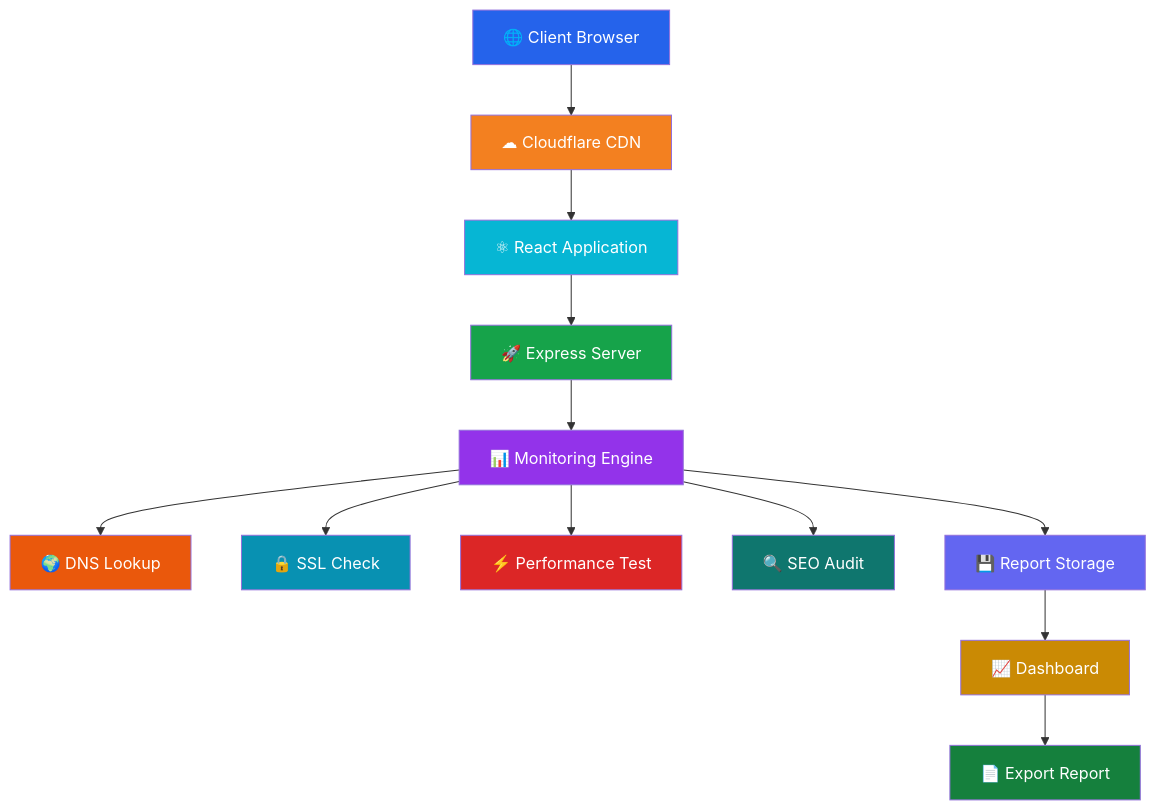
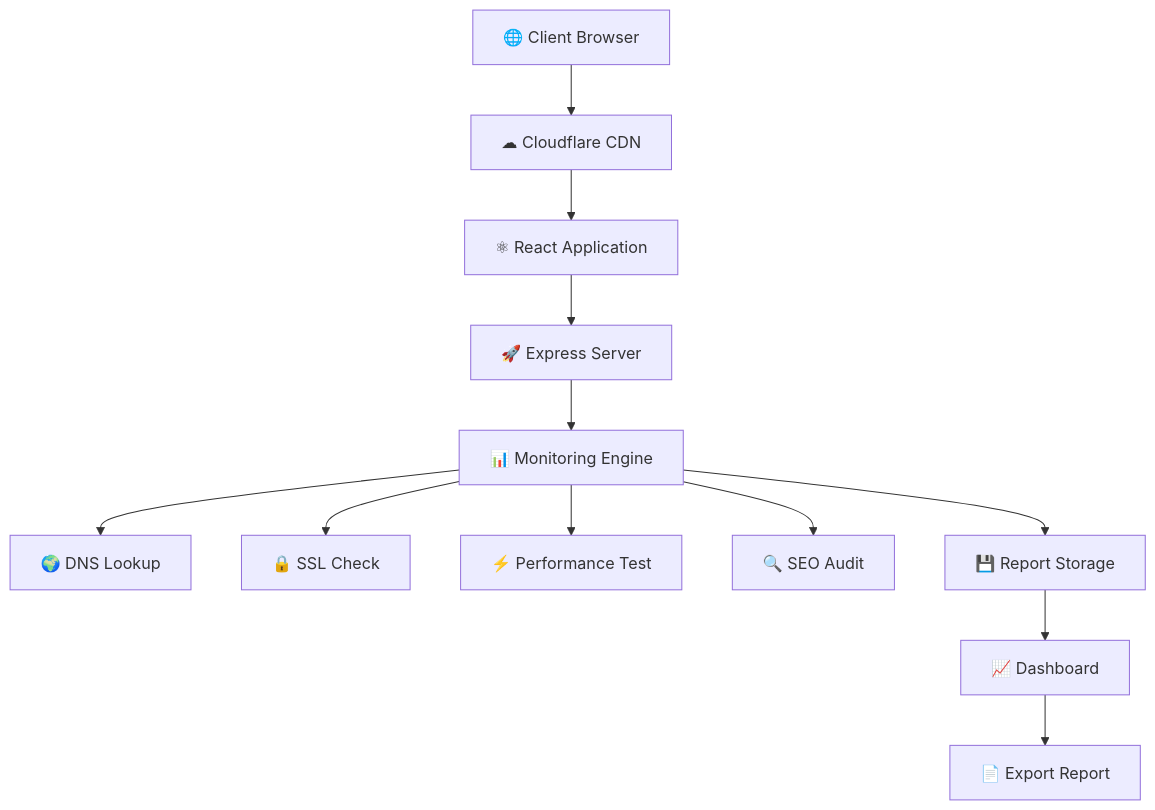
Before and after one commit to Saurav6200907210/WebMetricsX: the second of 12 diagrams in README.md, drawn with Mermaid. The commit also changed other lines of this file, not shown here.

````diff
--- a/README.md
+++ b/README.md
@@ -167,62 +113,14 @@
 ```mermaid
 flowchart TD
-
-Client["🌐 Client Browser"]
-
-Cloudflare["☁ Cloudflare CDN"]
-
-Frontend["⚛ React Application"]
-
-Backend["🚀 Express Server"]
-
-Engine["📊 Monitoring Engine"]
-
-DNS["🌍 DNS Lookup"]
-
-SSL["🔒 SSL Check"]
-
-Performance["⚡ Performance Test"]
-
-SEO["🔍 SEO Audit"]
-
-Database["💾 Report Storage"]
-
-Charts["📈 Dashboard"]
-
-PDF["📄 Export Report"]
-
-Client --> Cloudflare
-
-Cloudflare --> Frontend
-
-Frontend --> Backend
-
-Backend --> Engine
-
-Engine --> DNS
-
-Engine --> SSL
-
-Engine --> Performance
-
-Engine --> SEO
-
-Engine --> Database
-
-Database --> Charts
-
-Charts --> PDF
-
-style Client fill:#2563eb,color:#fff
-style Cloudflare fill:#F38020,color:#fff
-style Frontend fill:#06b6d4,color:#fff
-style Backend fill:#16a34a,color:#fff
-style Engine fill:#9333ea,color:#fff
-style DNS fill:#ea580c,color:#fff
-style SSL fill:#0891b2,color:#fff
-style Performance fill:#dc2626,color:#fff
-style SEO fill:#0f766e,color:#fff
-style Database fill:#6366f1,color:#fff
-style Charts fill:#ca8a04,color:#fff
-style PDF fill:#15803d,color:#fff
+Client["🌐 Client Browser"] --> Cloudflare["☁ Cloudflare CDN"]
+Cloudflare --> Frontend["⚛ React Application"]
+Frontend --> Backend["🚀 Express Server"]
+Backend --> Engine["📊 Monitoring Engine"]
+Engine --> DNS["🌍 DNS Lookup"]
+Engine --> SSL["🔒 SSL Check"]
+Engine --> Performance["⚡ Performance Test"]
+Engine --> SEO["🔍 SEO Audit"]
+Engine --> Database["💾 Report Storage"]
+Database --> Charts["📈 Dashboard"]
+Charts --> PDF["📄 Export Report"]
 ```
````
